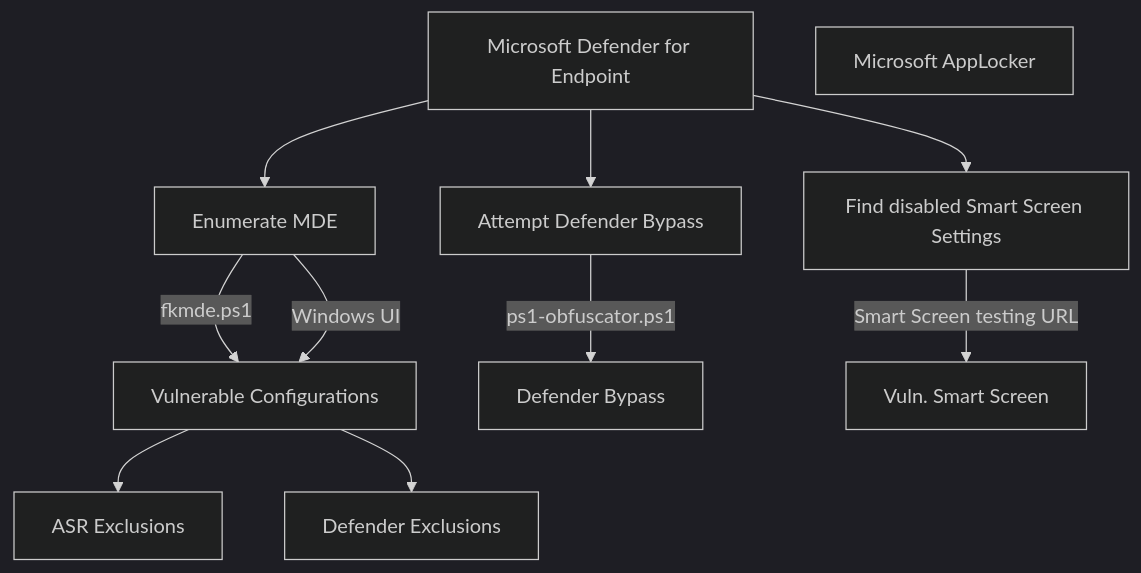
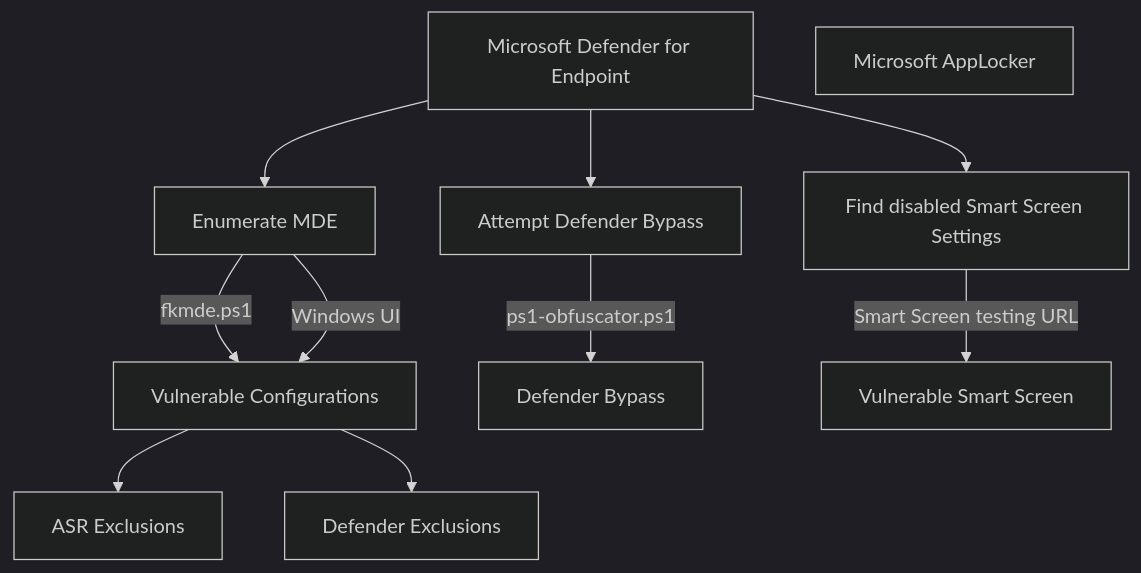
The diagram in README.md (fkxdr/fkxdr-mindmaps), drawn with Mermaid (dark theme) before and after one commit.

````diff
--- a/README.md
+++ b/README.md
@@ -7,17 +7,17 @@
 ```mermaid
 flowchart TD
     MDE[ Microsoft Defender for Endpoint ]
     MDE --> MDEENUM[ Enumerate MDE ]
     MDEENUM --> | fkmde.ps1 | MDEVULN[ Vulnerable Configurations ]
     MDEENUM --> |  Windows UI | MDEVULN[ Vulnerable Configurations ]
     MDEVULN --> MDEASR[ ASR Exclusions ]
     MDEVULN --> MDEEXCLUSION[ Defender Exclusions ]
 
     MDE --> MDEBYPASS[ Attempt Defender Bypass ]
     MDEBYPASS --> | ps1-obfuscator.ps1 | MDEBYPASS2[ Defender Bypass ]
 
     MDE --> MDESSCR[ Find disabled Smart Screen Settings ]
-    MDESSCR --> | Smart Screen testing URL | MDESSCR2[ Vuln. Smart Screen ]
+    MDESSCR --> | Smart Screen testing URL | MDESSCR2[ Vulnerable Smart Screen ]
 
     APP[ Microsoft AppLocker ]
 ```
````
